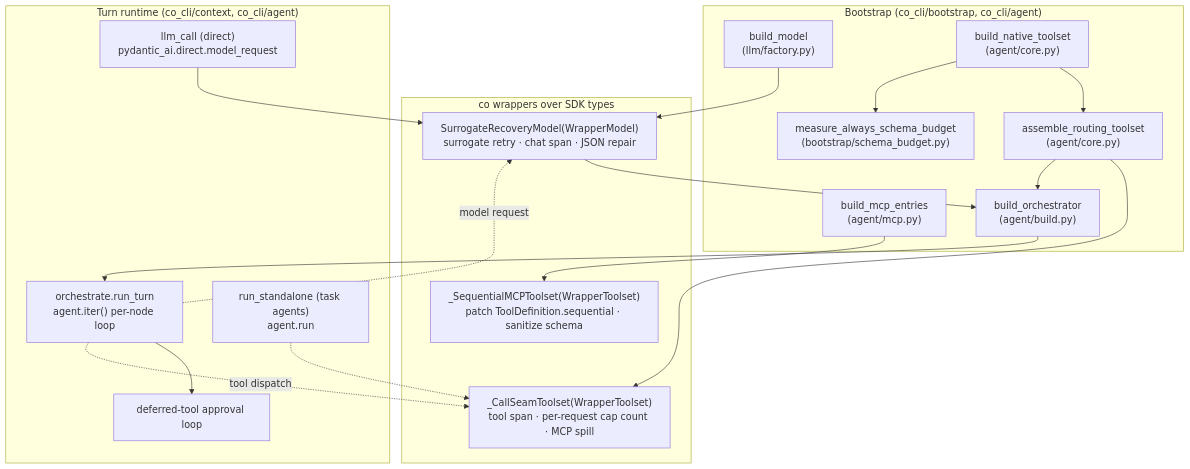
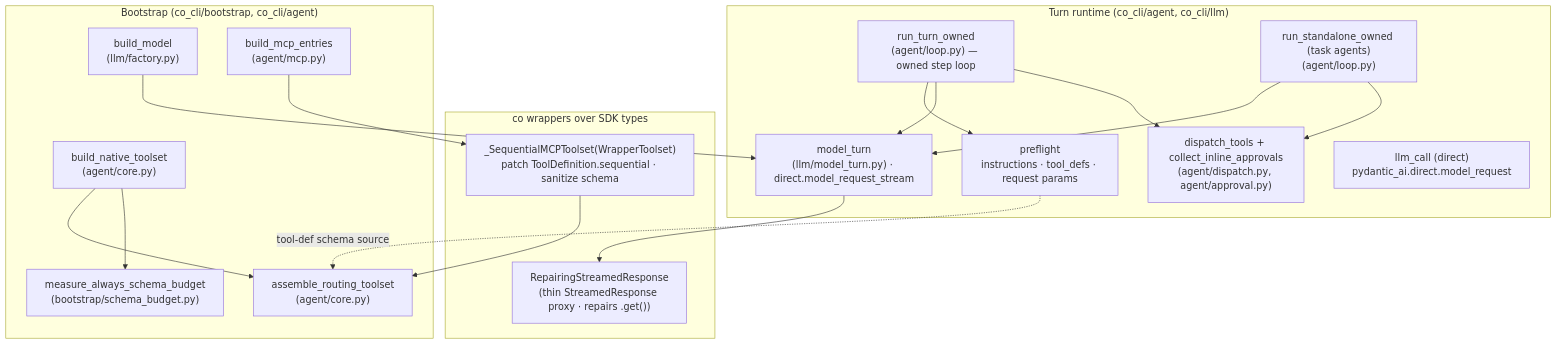
One commit to binlecode/co-cli changed the diagram in docs/specs/pydantic-ai-integration.md. Above: the diagram before and after it, drawn with Mermaid. The commit also changed other lines of this file and 20 other files, not shown here.

First line of the commit message:
docs: reconcile runtime specs to the owned loop — loop-decoupling Phase 6 capstone (v0.9.0)

````diff
--- a/docs/specs/pydantic-ai-integration.md
+++ b/docs/specs/pydantic-ai-integration.md
@@ -13,38 +15,37 @@
 ```mermaid
 flowchart TD
     subgraph Bootstrap["Bootstrap (co_cli/bootstrap, co_cli/agent)"]
         FAC["build_model<br/>(llm/factory.py)"]
         NTS["build_native_toolset<br/>(agent/core.py)"]
         MCP["build_mcp_entries<br/>(agent/mcp.py)"]
         ASM["assemble_routing_toolset<br/>(agent/core.py)"]
         SB["measure_always_schema_budget<br/>(bootstrap/schema_budget.py)"]
-        BLD["build_orchestrator<br/>(agent/build.py)"]
     end
 
     subgraph SDKwrap["co wrappers over SDK types"]
-        SRM["SurrogateRecoveryModel(WrapperModel)<br/>surrogate retry · chat span · JSON repair"]
-        CST["_CallSeamToolset(WrapperToolset)<br/>tool span · per-request cap count · MCP spill"]
         SMT["_SequentialMCPToolset(WrapperToolset)<br/>patch ToolDefinition.sequential · sanitize schema"]
+        RSR["RepairingStreamedResponse<br/>(thin StreamedResponse proxy · repairs .get())"]
     end
 
-    subgraph Runtime["Turn runtime (co_cli/context, co_cli/agent)"]
-        ORC["orchestrate.run_turn<br/>agent.iter() per-node loop"]
-        APR["deferred-tool approval loop"]
-        RUN["run_standalone (task agents)<br/>agent.run"]
+    subgraph Runtime["Turn runtime (co_cli/agent, co_cli/llm)"]
+        LOOP["run_turn_owned<br/>(agent/loop.py) — owned step loop"]
+        PRE["preflight<br/>instructions · tool_defs · request params"]
+        MT["model_turn<br/>(llm/model_turn.py) · direct.model_request_stream"]
+        DSP["dispatch_tools + collect_inline_approvals<br/>(agent/dispatch.py, agent/approval.py)"]
+        RUN["run_standalone_owned (task agents)<br/>(agent/loop.py)"]
         CALL["llm_call (direct)<br/>pydantic_ai.direct.model_request"]
     end
 
-    FAC --> SRM
+    FAC --> MT
     NTS --> ASM
     MCP --> SMT
-    ASM --> CST
+    SMT --> ASM
     NTS --> SB
-    ASM --> BLD
-    SRM --> BLD
-    BLD --> ORC
-    ORC --> APR
-    ORC -. "tool dispatch" .-> CST
-    ORC -. "model request" .-> SRM
-    RUN -.-> CST
-    CALL --> SRM
+    LOOP --> PRE
+    PRE -. "tool-def schema source" .-> ASM
+    LOOP --> MT
+    MT --> RSR
+    LOOP --> DSP
+    RUN --> MT
+    RUN --> DSP
 ```
````
